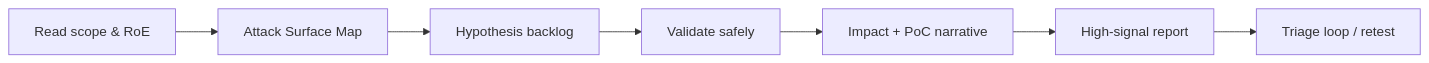
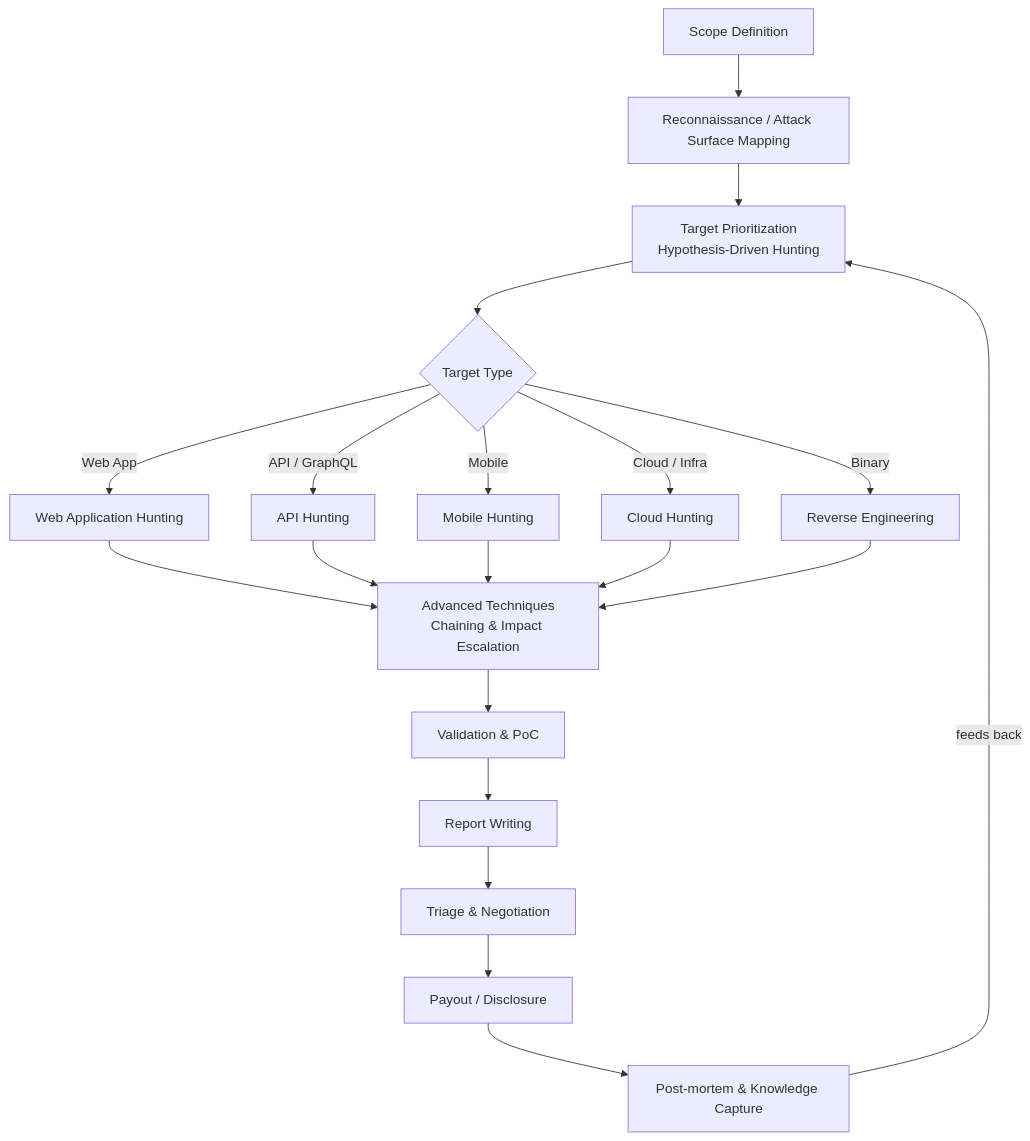
One commit to QuentinDanblon/BugLibrary changed the diagram in README.md. Above: the diagram before and after it, drawn with Mermaid. The commit also changed other lines of this file and 9 other files, not shown here.

````diff
--- a/README.md
+++ b/README.md
@@ -67,9 +121,22 @@
 ```mermaid
-flowchart LR
-  A[Read scope & RoE] --> B[Attack Surface Map]
-  B --> C[Hypothesis backlog]
-  C --> D[Validate safely]
-  D --> E[Impact + PoC narrative]
-  E --> F[High-signal report]
-  F --> G[Triage loop / retest]
+flowchart TD
+    A[Scope Definition] --> B[Reconnaissance / Attack Surface Mapping]
+    B --> C[Target Prioritization<br/>Hypothesis-Driven Hunting]
+    C --> D{Target Type}
+    D -->|Web App| E[Web Application Hunting]
+    D -->|API / GraphQL| F[API Hunting]
+    D -->|Mobile| G[Mobile Hunting]
+    D -->|Cloud / Infra| H[Cloud Hunting]
+    D -->|Binary| I[Reverse Engineering]
+    E --> J[Advanced Techniques<br/>Chaining & Impact Escalation]
+    F --> J
+    G --> J
+    H --> J
+    I --> J
+    J --> K[Validation & PoC]
+    K --> L[Report Writing]
+    L --> M[Triage & Negotiation]
+    M --> N[Payout / Disclosure]
+    N --> O[Post-mortem & Knowledge Capture]
+    O -->|feeds back| C
 ```
````
